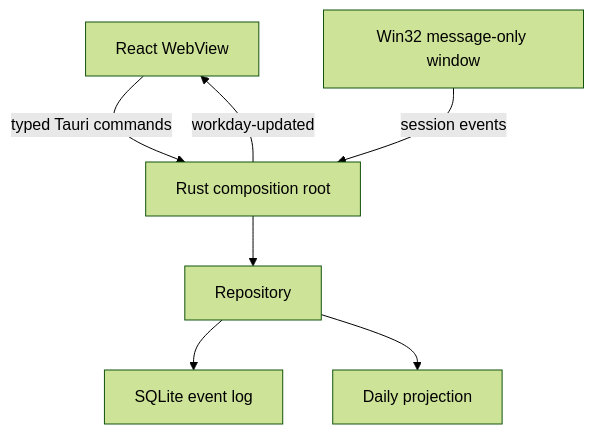
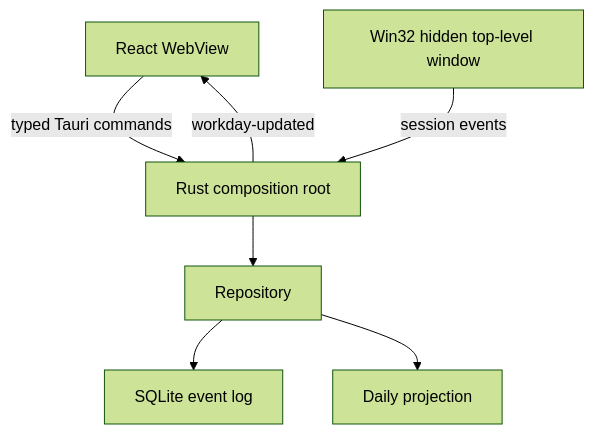
The diagram in docs/ARCHITECTURE.md (lvh1012/WorkdayTracker), drawn with Mermaid (forest theme) before and after one commit. The commit also changed other lines of this file and 1 other file, not shown here.

````diff
--- a/docs/ARCHITECTURE.md
+++ b/docs/ARCHITECTURE.md
@@ -7,9 +7,9 @@
 ```mermaid
 flowchart TD
     A["React WebView"] -->|"typed Tauri commands"| B["Rust composition root"]
-    C["Win32 message-only window"] -->|"session events"| B
+    C["Win32 hidden top-level window"] -->|"session events"| B
     B --> D["Repository"]
     D --> E["SQLite event log"]
     D --> F["Daily projection"]
     B -->|"workday-updated"| A
 ```
````
